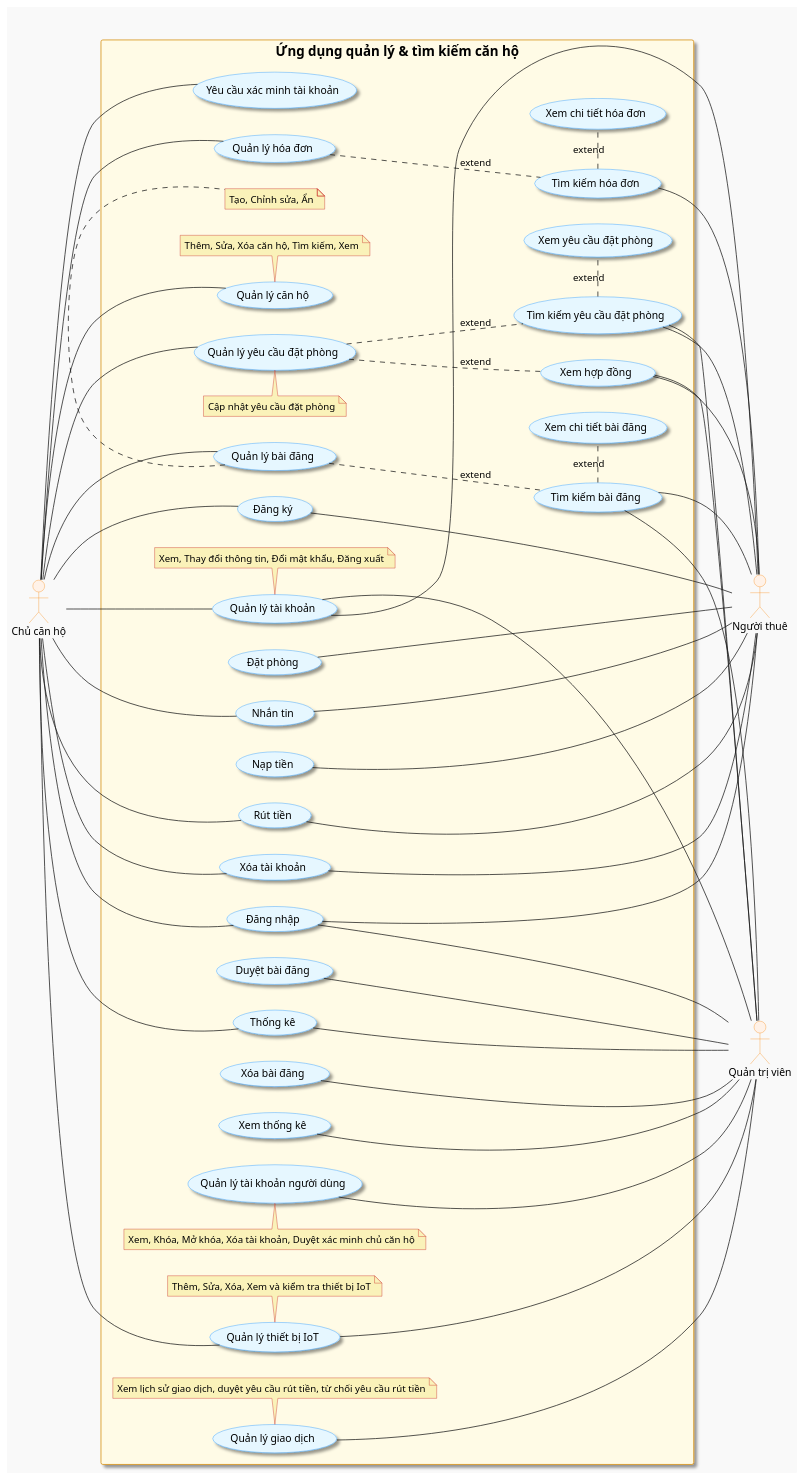
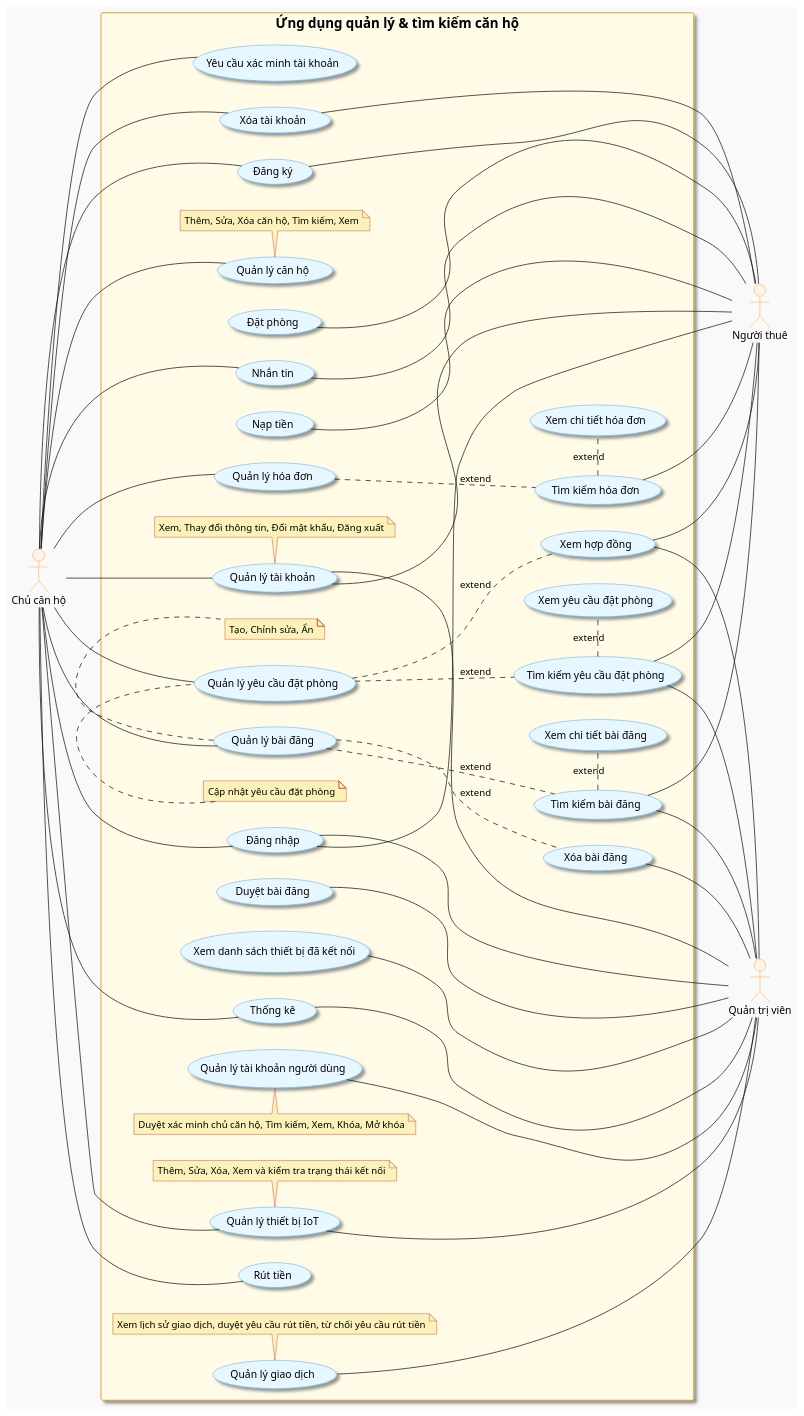
The diagram in diagrams/usecase.puml (nho-moi-so/quan-ly-tim-kiem-phong-tro), drawn with PlantUML before and after one commit. The commit also changed 3 other files, not shown here.

```diff
--- a/diagrams/usecase.puml
+++ b/diagrams/usecase.puml
@@ -2,161 +2,162 @@
 @startuml usecase-diagram
 skinparam shadowing false
 skinparam backgroundColor #f9f9f9
 skinparam usecase {
     BackgroundColor #e6f7ff
     BorderColor #1890ff
     FontColor #000000
     FontSize 14
     Shadowing true
 }
 skinparam actor {
     BackgroundColor #fff2e8
     BorderColor #fa8c16
     FontColor #000000
     FontSize 14
 }
 skinparam rectangle {
     BackgroundColor #fffbe6
     BorderColor #d48806
     FontColor #000000
     FontSize 18
     Shadowing true
 }
 skinparam note{
     BackgroundColor #faf2b9
     BorderColor #c51c1c
 }
 left to right direction
 
 actor "Quản trị viên" as Admin
 actor "Người thuê" as Guest
 actor "Chủ căn hộ" as Owner
 
 rectangle "Ứng dụng quản lý & tìm kiếm căn hộ"{
 ' Các chức năng của Chủ căn hộ
 ' usecase "Đăng xuất" as logout
 usecase "Đăng nhập" as login
 usecase "Đăng ký" as register
 usecase "Quản lý tài khoản" as manage_account
 note bottom of manage_account: Xem, Thay đổi thông tin, Đổi mật khẩu, Đăng xuất
 usecase "Yêu cầu xác minh tài khoản" as request_owner_verification
 
 usecase "Nạp tiền" as deposit
 usecase "Rút tiền" as withdraw
 usecase "Xóa tài khoản" as delete_account
 usecase "Quản lý căn hộ" as manage_apartment
 note bottom of manage_apartment: Thêm, Sửa, Xóa căn hộ, Tìm kiếm, Xem
 ' usecase "Kết nối khóa cửa IoT" as connect_iot_lock
 ' manage_apartment .. connect_iot_lock: extend
 
 usecase "Quản lý yêu cầu đặt phòng" as manage_booking
 note top of manage_booking: Cập nhật yêu cầu đặt phòng
 usecase "Xem hợp đồng" as view_booking_contract
 manage_booking .. view_booking_contract: extend
 usecase "Quản lý hóa đơn" as manage_invoice
 ' note bottom of manage_invoice: Hoàn tiền
 usecase "Quản lý bài đăng" as manage_post
 note bottom of manage_post: Tạo, Chỉnh sửa, Ẩn
 usecase "Xóa bài đăng" as delete_post
+manage_post ..delete_post: extend
 usecase "Nhắn tin" as messaging
 usecase "Thống kê" as statistics
 
 ' usecase "Xác thực dữ liệu đặt phòng" as verify_booking_data
 ' view_booking_contract .. verify_booking_data: extend
 
 ' Các chức năng của Người thuê
 ' usecase "Quản lý tài khoản" as manage_account
 ' usecase "Đăng xuất" as logout
 ' usecase "Đăng nhập" as login
 ' usecase "Đăng ký" as register
 ' usecase "Tìm kiếm căn hộ" as search_apartment
 ' usecase "Xem chi tiết căn hộ" as view_apartment_details
 ' manage_apartment .. search_apartment: extend
 ' search_apartment . view_apartment_details: extend
 
 usecase "Đặt phòng" as book_apartment
 ' usecase "Hủy đặt phòng" as cancel_booking
 
 usecase "Tìm kiếm yêu cầu đặt phòng" as search_booking
 manage_booking .. search_booking: extend
 usecase "Xem yêu cầu đặt phòng" as view_booking_requests
 search_booking . view_booking_requests: extend
 
 
 usecase "Tìm kiếm hóa đơn" as search_invoices
 manage_invoice .. search_invoices: extend
 usecase "Xem chi tiết hóa đơn" as view_invoice_details
 search_invoices . view_invoice_details: extend
 usecase "Tìm kiếm bài đăng" as search_posts
 manage_post .. search_posts: extend
 usecase "Xem chi tiết bài đăng" as view_post_details
 search_posts . view_post_details: extend
 ' usecase "Nhắn tin" as messaging
 
 ' usecase "Báo cáo vi phạm" as report_violation
 
 ' Các chức năng của Quản trị viên
 usecase "Quản lý tài khoản người dùng" as manage_user_accounts
-note top of manage_user_accounts: Xem, Khóa, Mở khóa, Xóa tài khoản, Duyệt xác minh chủ căn hộ
+note top of manage_user_accounts: Duyệt xác minh chủ căn hộ, Tìm kiếm, Xem, Khóa, Mở khóa
 ' usecase "Đăng xuất" as logout
 ' usecase "Đăng nhập" as login
 ' usecase "Đổi mật khẩu" as change_password
 ' manage_account .. change_password: extend
 'usecase "Quản lý bài đăng" as manage_post
 usecase "Duyệt bài đăng" as approve_posts
 ' usecase "Thống kê" as statistics
-usecase "Xem thống kê" as view_statistics
 usecase "Quản lý thiết bị IoT" as manage_iot_devices
-note bottom of manage_iot_devices: Thêm, Sửa, Xóa, Xem và kiểm tra thiết bị IoT
+note bottom of manage_iot_devices: Thêm, Sửa, Xóa, Xem và kiểm tra trạng thái kết nối
+usecase "Xem danh sách thiết bị đã kết nối" as view_list_device_connected
 usecase "Quản lý giao dịch" as manage_transactions
 note bottom of manage_transactions: Xem lịch sử giao dịch, duyệt yêu cầu rút tiền, từ chối yêu cầu rút tiền
 ' nối các usecase
 'Chủ căn hộ
 (Owner) -- (login)
 (Owner) -- (register)
 (Owner) -- (manage_account)
 (request_owner_verification) - (Owner)
 (Owner) -- (manage_apartment)
 (Owner) -- (manage_booking)
 (Owner) -- (manage_invoice)
 (Owner) -- (manage_post)
 (Owner) -- (messaging)
 (Owner) -- (statistics)
 (Owner) -- (manage_iot_devices)
 ' (Owner) -- (connect_iot_lock)
 (Owner) -- (withdraw)
 (Owner) -- (delete_account)
 
 
 'Người thuê
 (register) - (Guest)
 (login) - (Guest)
 (manage_account) -- (Guest)
 (search_posts) -- (Guest)
 (book_apartment) - (Guest)
 ' (cancel_booking) - (Guest)
 (search_booking) -- (Guest)
 (search_invoices) -- (Guest)
 (view_booking_contract) -- (Guest)
 (messaging) - (Guest)
 ' (report_violation) - (Guest)
 (deposit) - (Guest)
-(withdraw) - (Guest)
+' (withdraw) - (Guest)
 (delete_account) - (Guest)
 
 'Quản trị viên
 (login) --- (Admin)
 (manage_user_accounts) - (Admin)
 (manage_account) -- (Admin)
 (search_posts) -- (Admin)
 (approve_posts) - (Admin)
 (delete_post) -- (Admin)
 ' (change_password) -- (Admin)
-(statistics) - (Admin)
-(view_statistics) -- (Admin)
 (manage_iot_devices) - (Admin)
+(view_list_device_connected) - (Admin)
 (search_booking) -- (Admin)
 (view_booking_contract) -- (Admin)
 (manage_transactions) - (Admin)
+(statistics) - (Admin)
 }
 @enduml
```
